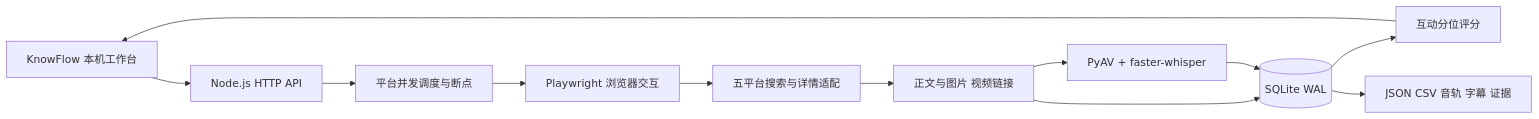
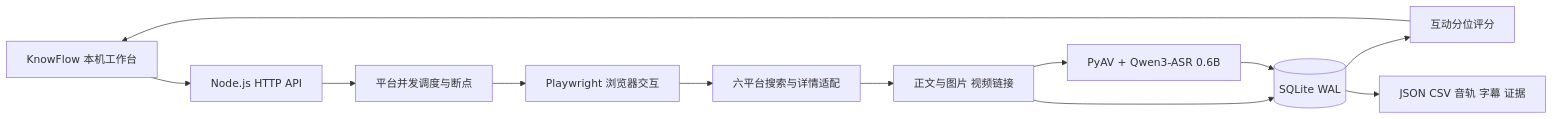
Before and after one commit to TMENG888/KnowFlow: the diagram in README.md, drawn with Mermaid. The commit also changed other lines of this file and 30 other files, not shown here.

First line of the commit message:
Use Qwen3-ASR 0.6B and add Bilibili collection

````diff
--- a/README.md
+++ b/README.md
@@ -96,14 +116,14 @@
 ```mermaid
 flowchart LR
   UI[KnowFlow 本机工作台] --> API[Node.js HTTP API]
   API --> Engine[平台并发调度与断点]
   Engine --> Browser[Playwright 浏览器交互]
-  Browser --> Adapters[五平台搜索与详情适配]
+  Browser --> Adapters[六平台搜索与详情适配]
   Adapters --> Content[正文与图片 视频链接]
-  Content --> ASR[PyAV + faster-whisper]
+  Content --> ASR[PyAV + Qwen3-ASR 0.6B]
   Content --> DB[(SQLite WAL)]
   ASR --> DB
   DB --> Score[互动分位评分]
   Score --> UI
   DB --> Export[JSON CSV 音轨 字幕 证据]
 ```
````
